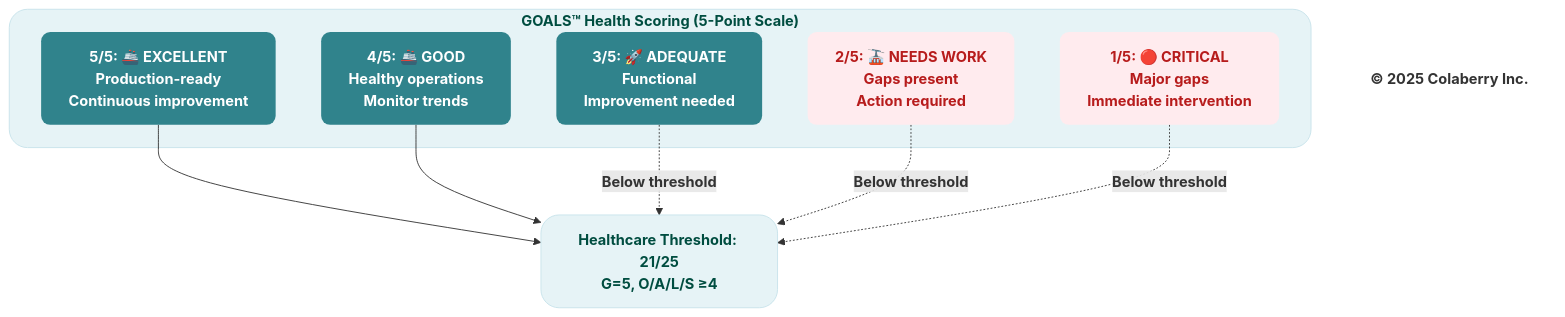
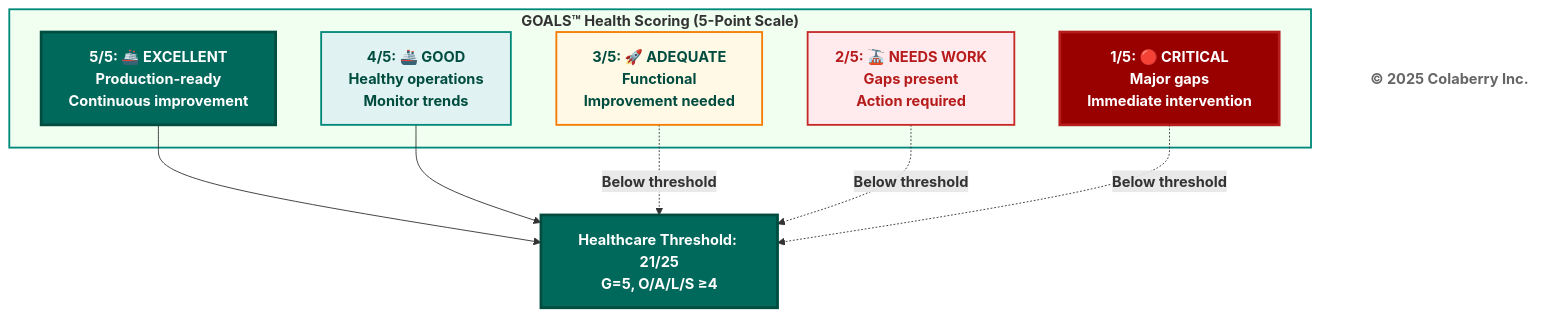
Before and after one commit to saitejesh-cyber/trust-before-intelligence-book: diagram 14 of 14 in manuscript/08_chapter_7_goals_framework.md, drawn with Mermaid. The commit also changed other lines of this file and 12 other files, not shown here.

Commit message:
Restore legacy Mermaid styles for Option 1

````diff
--- a/manuscript/08_chapter_7_goals_framework.md
+++ b/manuscript/08_chapter_7_goals_framework.md
@@ -1638,29 +1638,29 @@
 ```mermaid
 graph TB
     subgraph SCORING["<b>GOALS™ Health Scoring (5-Point Scale)</b>"]
         EXCELLENT["<b>5/5: 🚢 EXCELLENT</b><br/><b>Production-ready</b><br/><b>Continuous improvement</b>"]
         GOOD["<b>4/5: 🚢 GOOD</b><br/><b>Healthy operations</b><br/><b>Monitor trends</b>"]
         ADEQUATE["<b>3/5: 🚀 ADEQUATE</b><br/><b>Functional</b><br/><b>Improvement needed</b>"]
         NEEDS["<b>2/5: 🚠 NEEDS WORK</b><br/><b>Gaps present</b><br/><b>Action required</b>"]
         CRITICAL["<b>1/5: 🔴 CRITICAL</b><br/><b>Major gaps</b><br/><b>Immediate intervention</b>"]
     end
     
     THRESHOLD["<b>Healthcare Threshold: 21/25</b><br/><b>G=5, O/A/L/S ≥4</b>"]
     
     EXCELLENT --> THRESHOLD
     GOOD --> THRESHOLD
     ADEQUATE -.->|<b>Below threshold</b>| THRESHOLD
     NEEDS -.->|<b>Below threshold</b>| THRESHOLD
     CRITICAL -.->|<b>Below threshold</b>| THRESHOLD
     
-    style SCORING fill:#e6f3f6,stroke:#c7e3ea,stroke-width:1px,color:#004d40,rx:20,ry:20
-    style EXCELLENT fill:#30838C,stroke:none,color:#ffffff,rx:10,ry:10
-    style GOOD fill:#30838C,stroke:none,color:#ffffff,rx:10,ry:10
-    style ADEQUATE fill:#30838C,stroke:none,color:#ffffff,rx:10,ry:10
-    style NEEDS fill:#ffebee,stroke:none,color:#b71c1c,rx:10,ry:10
-    style CRITICAL fill:#ffebee,stroke:none,color:#b71c1c,rx:10,ry:10
-    style THRESHOLD fill:#e6f3f6,stroke:#c7e3ea,stroke-width:1px,color:#004d40,rx:20,ry:20
+    style SCORING fill:#f0fff0,stroke:#00897b,stroke-width:2px
+    style EXCELLENT fill:#00695c,color:#ffffff,stroke:#004d40,stroke-width:3px
+    style GOOD fill:#e0f2f1,stroke:#00897b,stroke-width:2px,color:#004d40
+    style ADEQUATE fill:#fff9e6,stroke:#f57c00,stroke-width:2px,color:#004d40
+    style NEEDS fill:#ffebee,stroke:#c62828,stroke-width:2px,color:#b71c1c
+    style CRITICAL fill:#990000,color:#ffffff,stroke:#b71c1c,stroke-width:3px
+    style THRESHOLD fill:#00695c,color:#ffffff,stroke:#004d40,stroke-width:3px
     
     Copyright["<b>© 2025 Colaberry Inc.</b>"]
-    style Copyright fill:none,stroke:none,color:#333333
+    style Copyright fill:#ffffff,stroke:none,color:#666666
 ```
````
